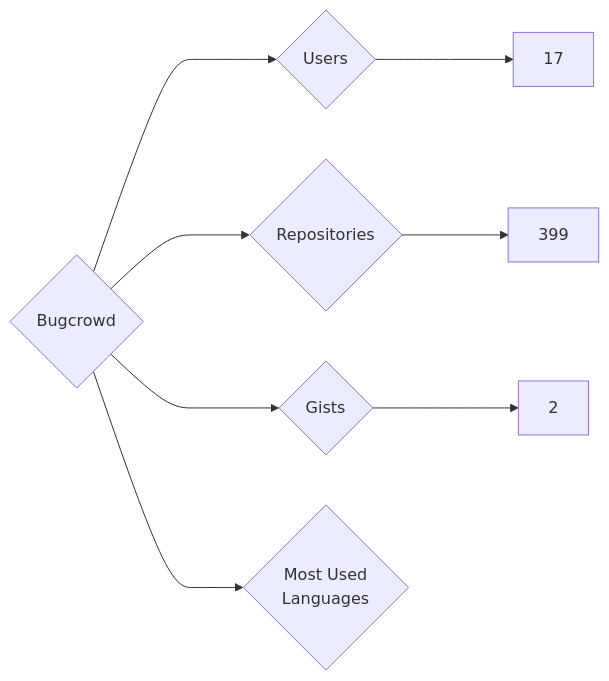
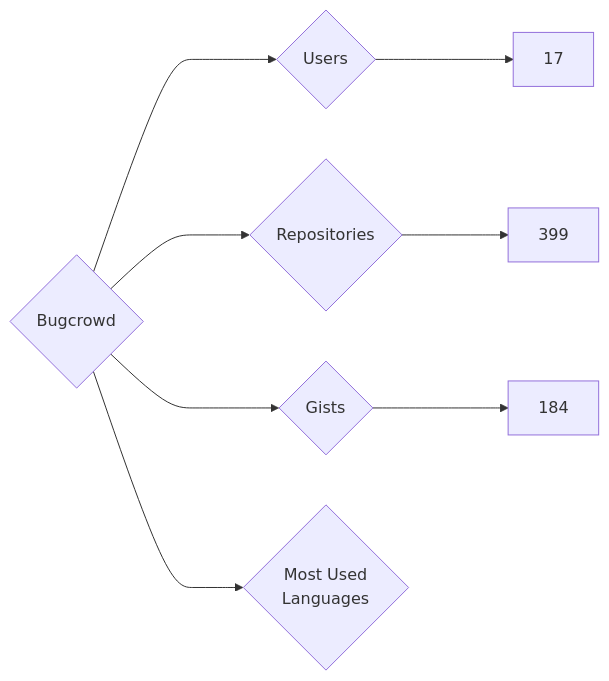
Before and after one commit to nenadzaric/insiders: the diagram in targets/Bugcrowd/README.md, drawn with Mermaid. The commit also changed 1342 other files, not shown here.

````diff
--- a/targets/Bugcrowd/README.md
+++ b/targets/Bugcrowd/README.md
@@ -3,8 +3,8 @@
 ```mermaid
 graph LR
 COMPANY_NAME{Bugcrowd}
 COMPANY_NAME ---> U{Users} ---> UN[17]
 COMPANY_NAME ---> R{Repositories} ---> RN[399]
-COMPANY_NAME ---> G{Gists} ---> GN[2]
+COMPANY_NAME ---> G{Gists} ---> GN[184]
 COMPANY_NAME ---> ML{Most Used<br>Languages}
 ```
````
